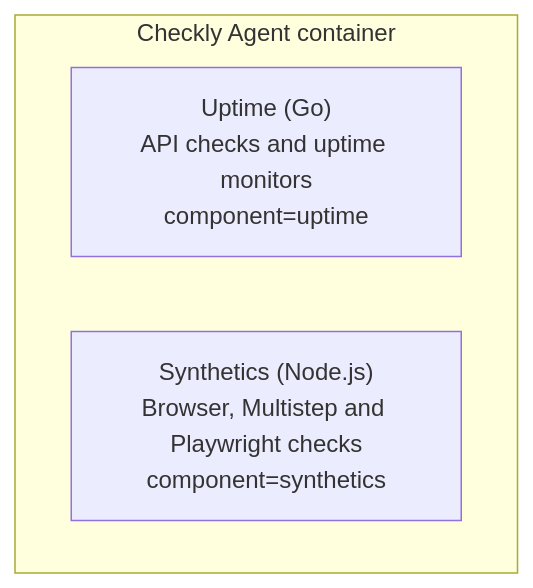
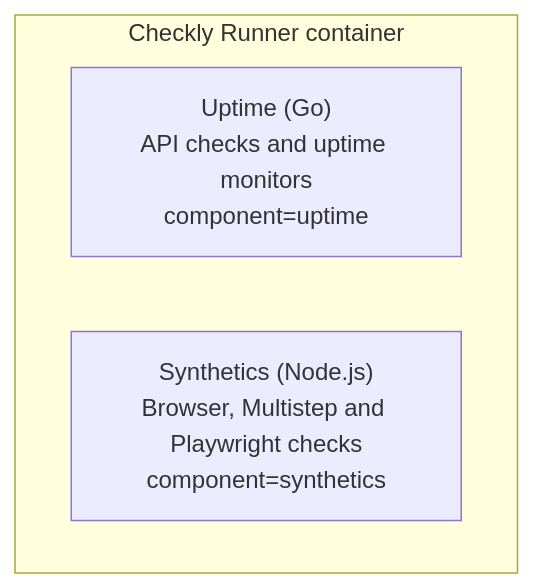
One commit to checkly/docs changed the diagram in platform/private-locations/agent-metrics.mdx. Above: the diagram before and after it, drawn with Mermaid. The commit also changed other lines of this file and 30 other files, not shown here.

Commit message:
docs: call the private location agent the Checkly Runner

````diff
--- a/platform/private-locations/agent-metrics.mdx
+++ b/platform/private-locations/agent-metrics.mdx
@@ -16,7 +16,7 @@
 ```mermaid
 flowchart TB
-  subgraph C["Checkly Agent container"]
+  subgraph C["Checkly Runner container"]
     G["Uptime (Go)<br/>API checks and uptime monitors<br/>component=uptime"]
     N["Synthetics (Node.js)<br/>Browser, Multistep and Playwright checks<br/>component=synthetics"]
   end
 ```
````
